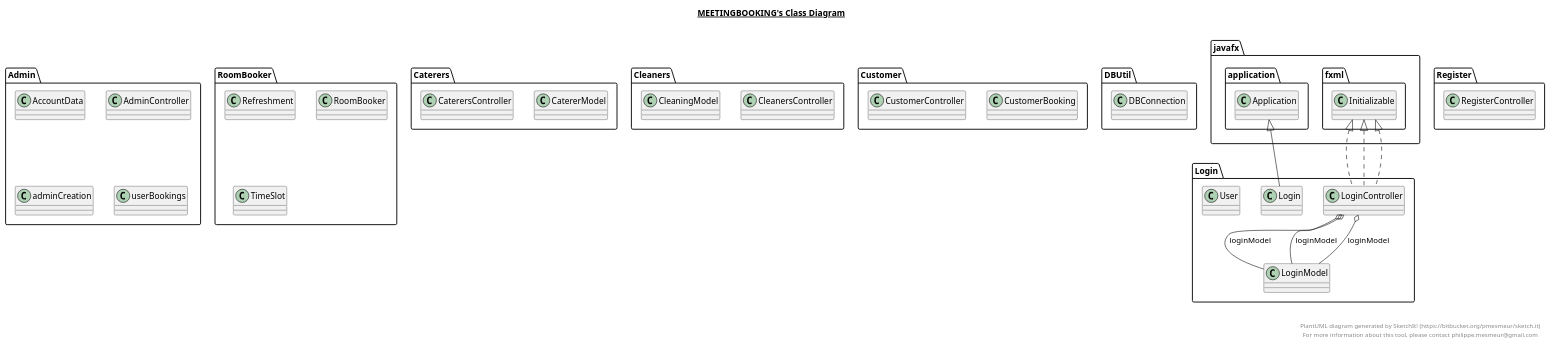
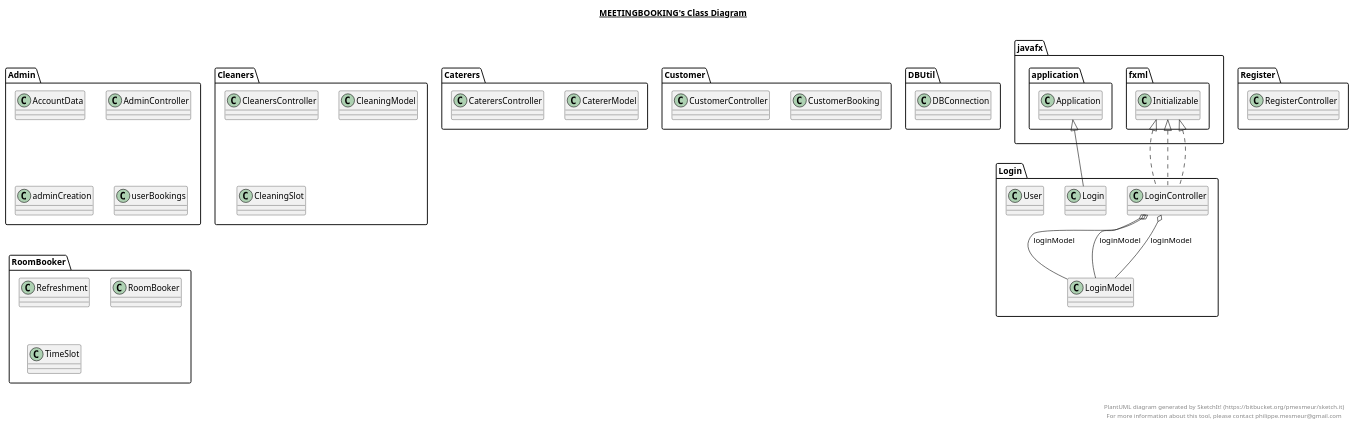
One commit to hegde-atri/meetingBooking changed the diagram in meetingBooking.plantuml. Above: the diagram before and after it, drawn with PlantUML. The commit also changed 6 other files, not shown here.

Commit message:
added UML class diagrams

```diff
--- a/meetingBooking.plantuml
+++ b/meetingBooking.plantuml
@@ -94,6 +94,12 @@
 
   namespace Cleaners {
     class Cleaners.CleaningModel {
+    }
+  }
+  
+
+  namespace Cleaners {
+    class Cleaners.CleaningSlot {
     }
   }
   
```
